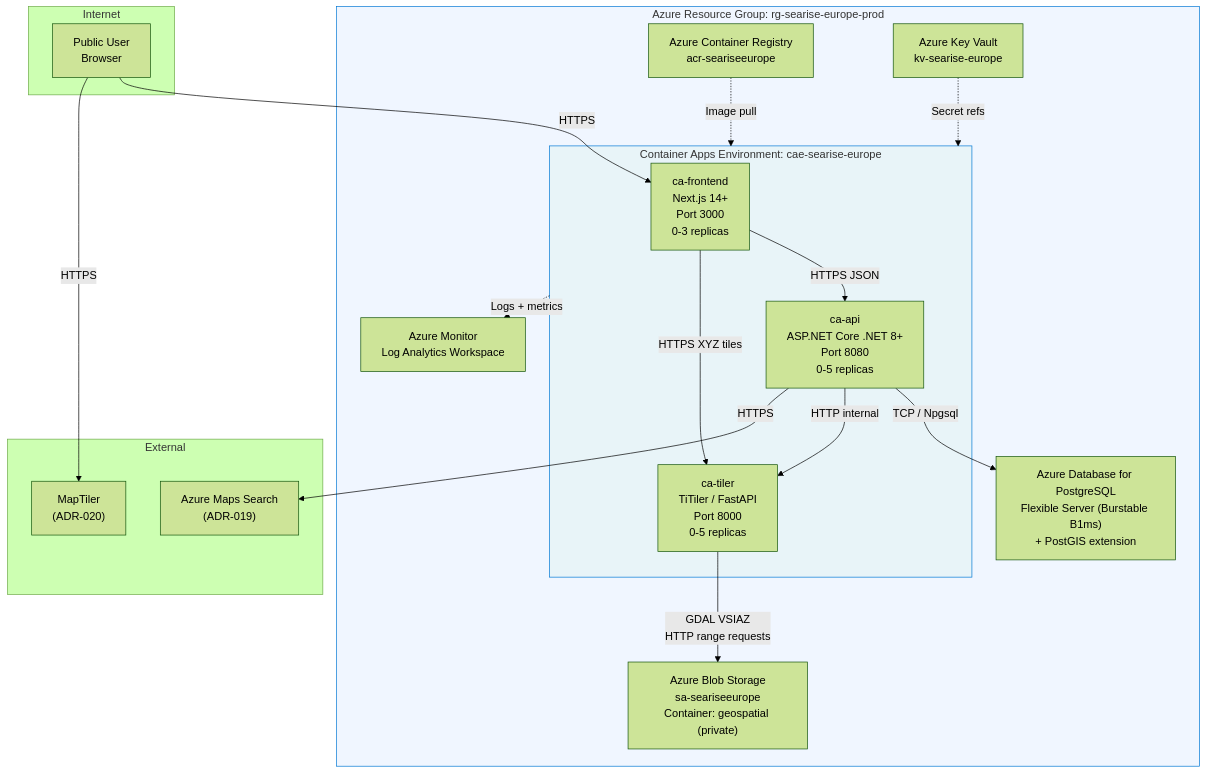
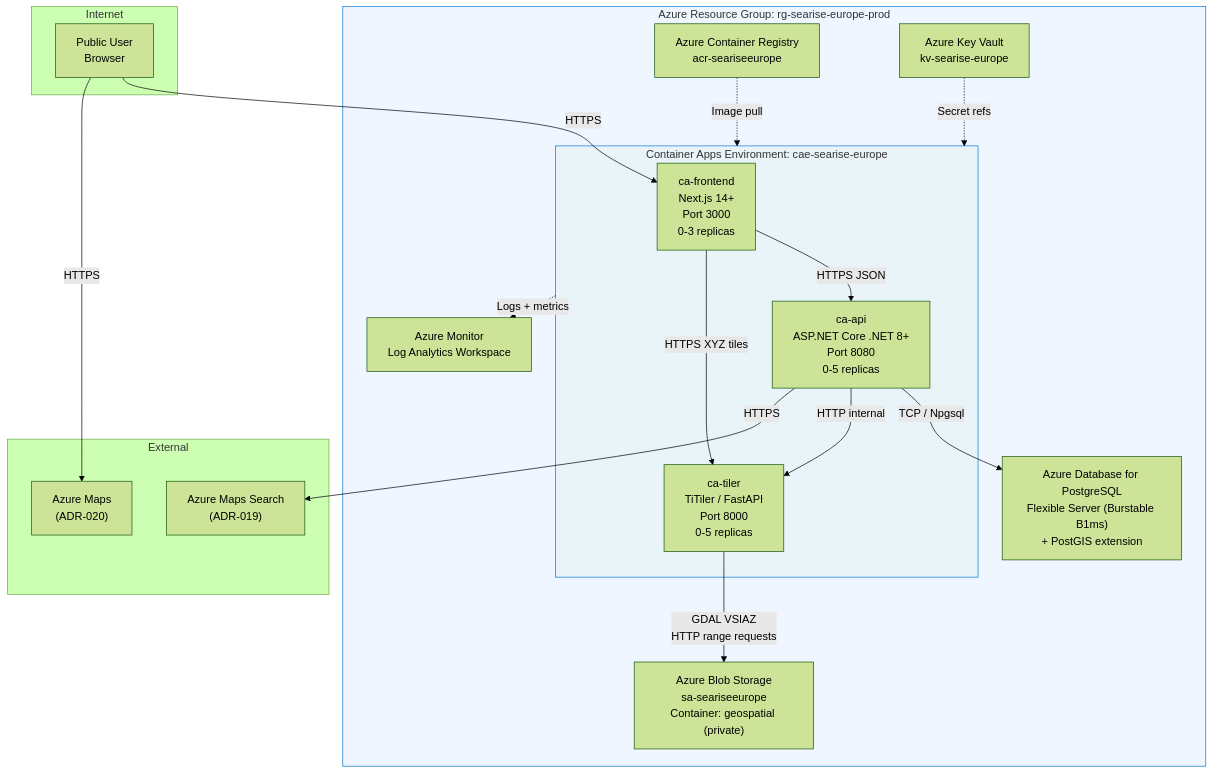
One commit to artemsemdev/SeaRise-Europe changed diagram 11 of 13 in docs/architecture/18-uml-system-architecture.md. Above: the diagram before and after it, drawn with Mermaid (forest theme). The commit also changed other lines of this file and 10 other files, not shown here.

Commit message:
docs (architecture) Azure Maps instead MapTiler

````diff
--- a/docs/architecture/18-uml-system-architecture.md
+++ b/docs/architecture/18-uml-system-architecture.md
@@ -693,40 +693,40 @@
 ```mermaid
 graph TB
     subgraph Internet
         User[Public User<br/>Browser]
     end
 
     subgraph Azure["Azure Resource Group: rg-searise-europe-prod"]
         subgraph CAE["Container Apps Environment: cae-searise-europe"]
             FE["ca-frontend<br/>Next.js 14+<br/>Port 3000<br/>0-3 replicas"]
             API["ca-api<br/>ASP.NET Core .NET 8+<br/>Port 8080<br/>0-5 replicas"]
             TL["ca-tiler<br/>TiTiler / FastAPI<br/>Port 8000<br/>0-5 replicas"]
         end
 
         PG["Azure Database for PostgreSQL<br/>Flexible Server (Burstable B1ms)<br/>+ PostGIS extension"]
         BLOB["Azure Blob Storage<br/>sa-seariseeurope<br/>Container: geospatial (private)"]
         ACR["Azure Container Registry<br/>acr-seariseeurope"]
         KV["Azure Key Vault<br/>kv-searise-europe"]
         MON["Azure Monitor<br/>Log Analytics Workspace"]
     end
 
     subgraph External
         GEO["Azure Maps Search<br/>(ADR-019)"]
-        BASE["MapTiler<br/>(ADR-020)"]
+        BASE["Azure Maps<br/>(ADR-020)"]
     end
 
     User -->|HTTPS| FE
     User -->|HTTPS| BASE
     FE -->|HTTPS JSON| API
     FE -->|HTTPS XYZ tiles| TL
     API -->|TCP / Npgsql| PG
     API -->|HTTP internal| TL
     API -->|HTTPS| GEO
     TL -->|GDAL VSIAZ<br/>HTTP range requests| BLOB
     ACR -.->|Image pull| CAE
     KV -.->|Secret refs| CAE
     CAE -.->|Logs + metrics| MON
 
     style CAE fill:#e8f4f8,stroke:#0078d4
     style Azure fill:#f0f6ff,stroke:#0078d4
 ```
````
